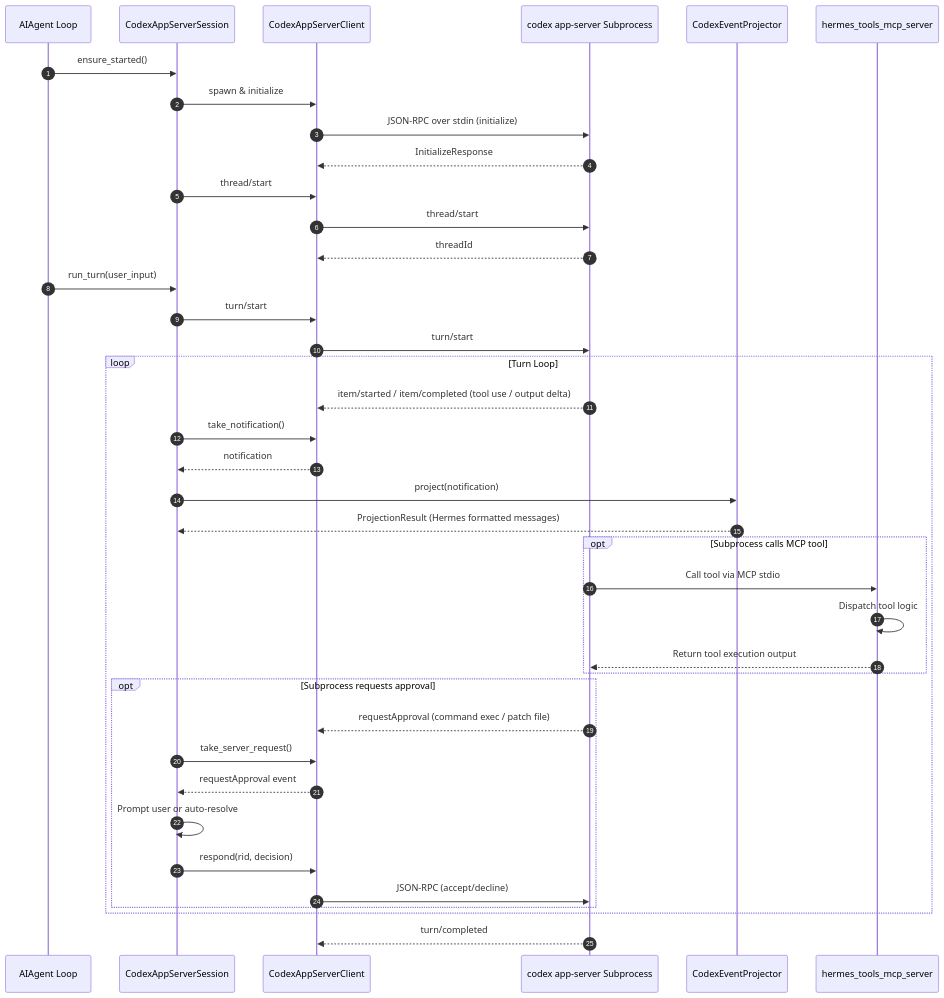
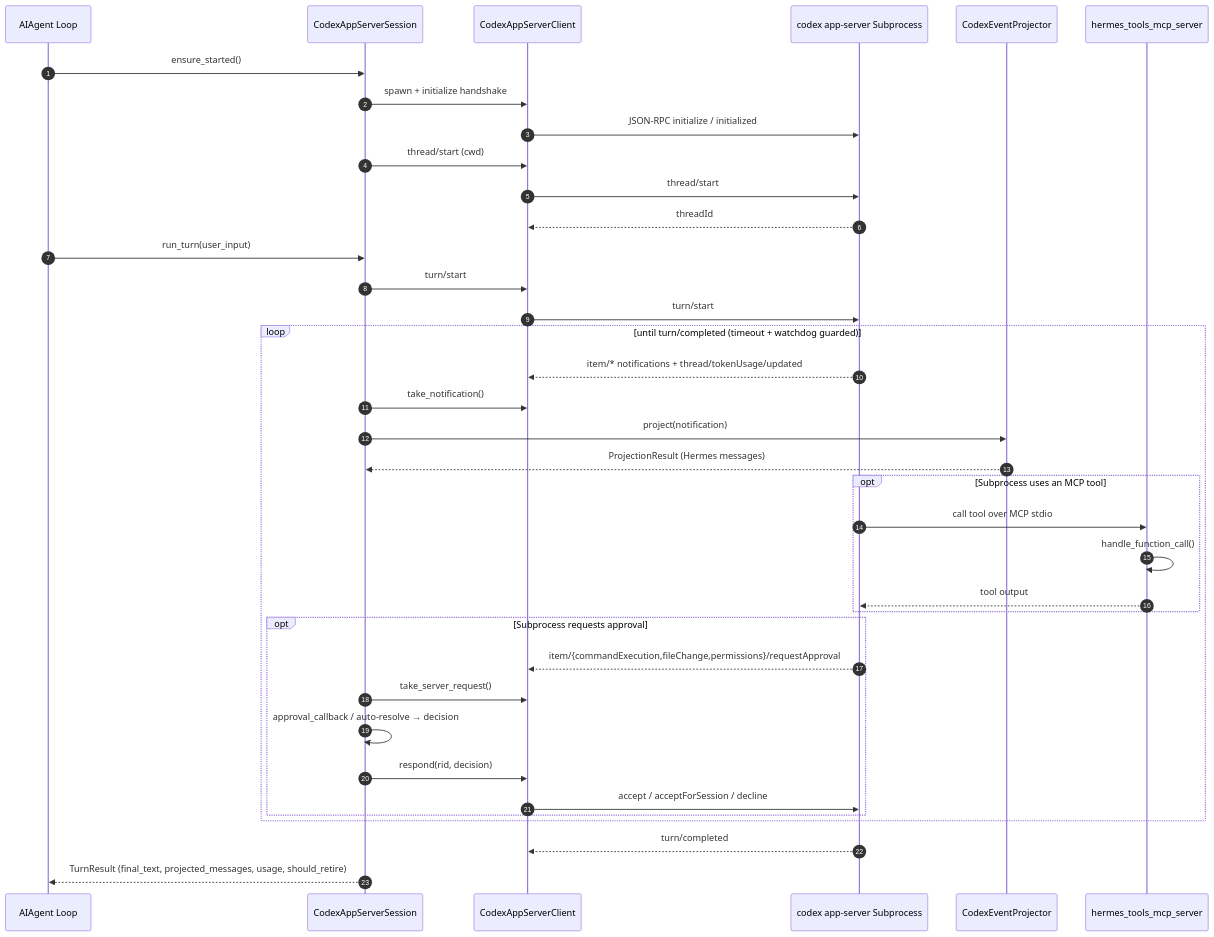
The second of 2 diagrams in agent/transports/DESIGN.md (samlin-ai/hermes-agent), drawn with Mermaid before and after one commit. The commit also changed other lines of this file and 7 other files, not shown here.

````diff
--- a/agent/transports/DESIGN.md
+++ b/agent/transports/DESIGN.md
@@ -44,46 +48,44 @@
 ```mermaid
 sequenceDiagram
     autonumber
     participant Agent as AIAgent Loop
     participant Session as CodexAppServerSession
     participant Client as CodexAppServerClient
     participant Sub as codex app-server Subprocess
     participant Proj as CodexEventProjector
     participant MCP as hermes_tools_mcp_server
 
     Agent->>Session: ensure_started()
-    Session->>Client: spawn & initialize
-    Client->>Sub: JSON-RPC over stdin (initialize)
-    Sub-->>Client: InitializeResponse
-    Session->>Client: thread/start
+    Session->>Client: spawn + initialize handshake
+    Client->>Sub: JSON-RPC initialize / initialized
+    Session->>Client: thread/start (cwd)
     Client->>Sub: thread/start
     Sub-->>Client: threadId
 
     Agent->>Session: run_turn(user_input)
     Session->>Client: turn/start
     Client->>Sub: turn/start
-    
-    loop Turn Loop
-        Sub-->>Client: item/started / item/completed (tool use / output delta)
+
+    loop until turn/completed (timeout + watchdog guarded)
+        Sub-->>Client: item/* notifications + thread/tokenUsage/updated
         Session->>Client: take_notification()
-        Client-->>Session: notification
         Session->>Proj: project(notification)
-        Proj-->>Session: ProjectionResult (Hermes formatted messages)
-        
-        opt Subprocess calls MCP tool
-            Sub->>MCP: Call tool via MCP stdio
-            MCP->>MCP: Dispatch tool logic
-            MCP-->>Sub: Return tool execution output
+        Proj-->>Session: ProjectionResult (Hermes messages)
+
+        opt Subprocess uses an MCP tool
+            Sub->>MCP: call tool over MCP stdio
+            MCP->>MCP: handle_function_call()
+            MCP-->>Sub: tool output
         end
 
         opt Subprocess requests approval
-            Sub-->>Client: requestApproval (command exec / patch file)
+            Sub-->>Client: item/{commandExecution,fileChange,permissions}/requestApproval
             Session->>Client: take_server_request()
-            Client-->>Session: requestApproval event
-            Session->>Session: Prompt user or auto-resolve
+            Session->>Session: approval_callback / auto-resolve → decision
             Session->>Client: respond(rid, decision)
-            Client->>Sub: JSON-RPC (accept/decline)
+            Client->>Sub: accept / acceptForSession / decline
         end
     end
     Sub-->>Client: turn/completed
+    Session-->>Agent: TurnResult (final_text, projected_messages, usage, should_retire)
 ```
````
